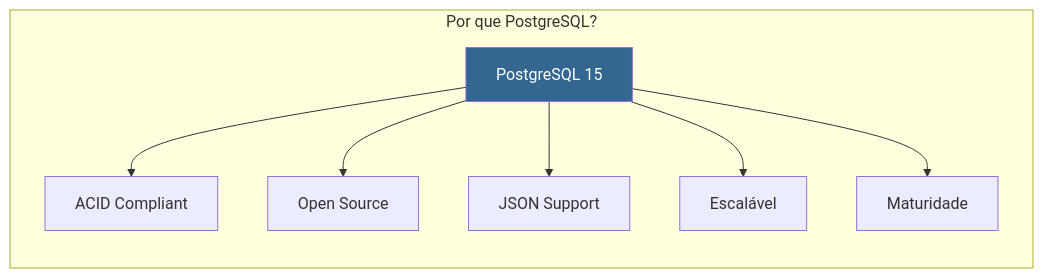
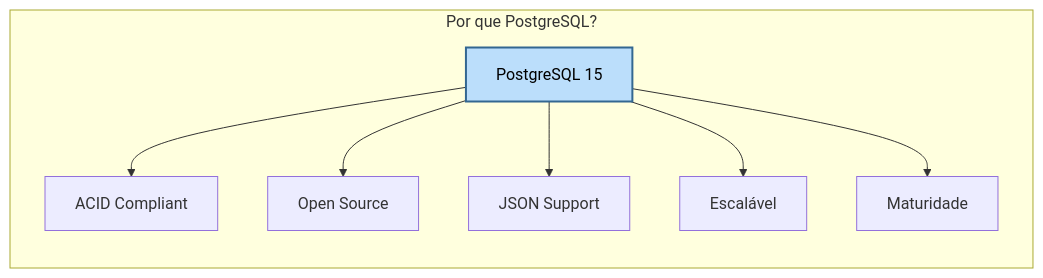
One commit to gabrigabs/public-polls-app changed the third of 9 diagrams in docs/04-justificativas-tecnicas.md. Above: the diagram before and after it, drawn with Mermaid. The commit also changed other lines of this file and 6 other files, not shown here.

Commit message:
docs: standardize and improve mermaid diagrams readability

````diff
--- a/docs/04-justificativas-tecnicas.md
+++ b/docs/04-justificativas-tecnicas.md
@@ -82,13 +84,14 @@
 ```mermaid
 graph LR
     subgraph "Por que PostgreSQL?"
         P[PostgreSQL 15]
         P --> A[ACID Compliant]
         P --> B[Open Source]
         P --> C[JSON Support]
         P --> D[Escalável]
         P --> E[Maturidade]
     end
 
-    style P fill:#336791,color:#fff
+    classDef pg fill:#bbdefb,stroke:#336791,color:#000,stroke-width:2px;
+    class P pg;
 ```
````
